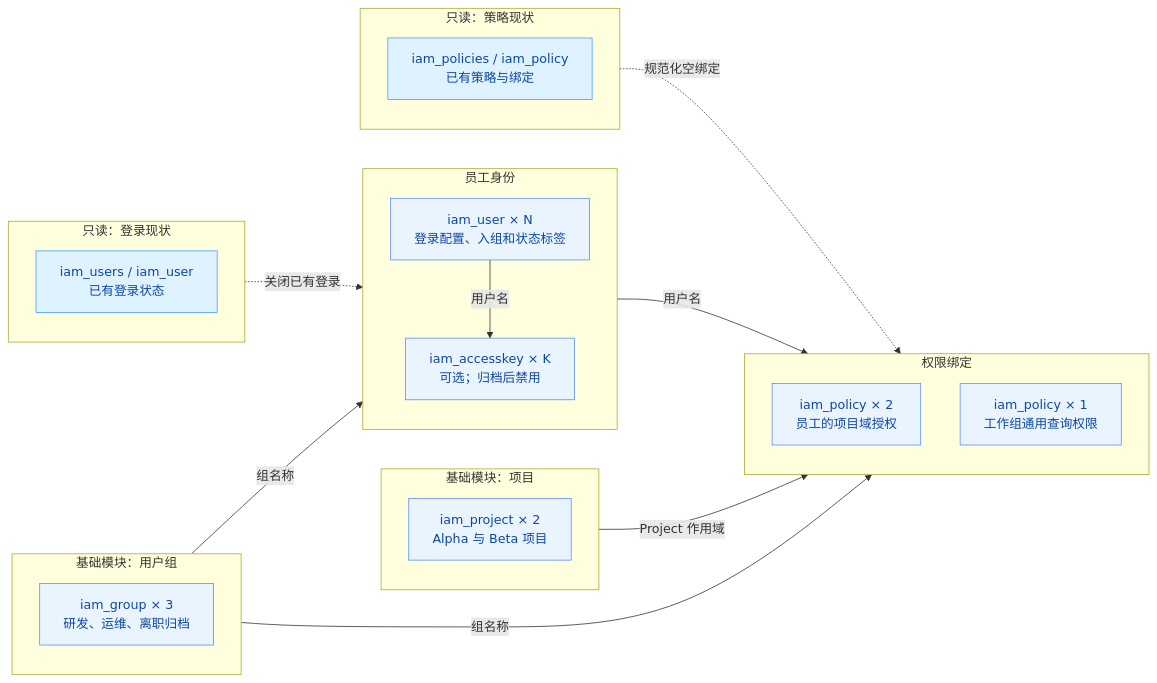
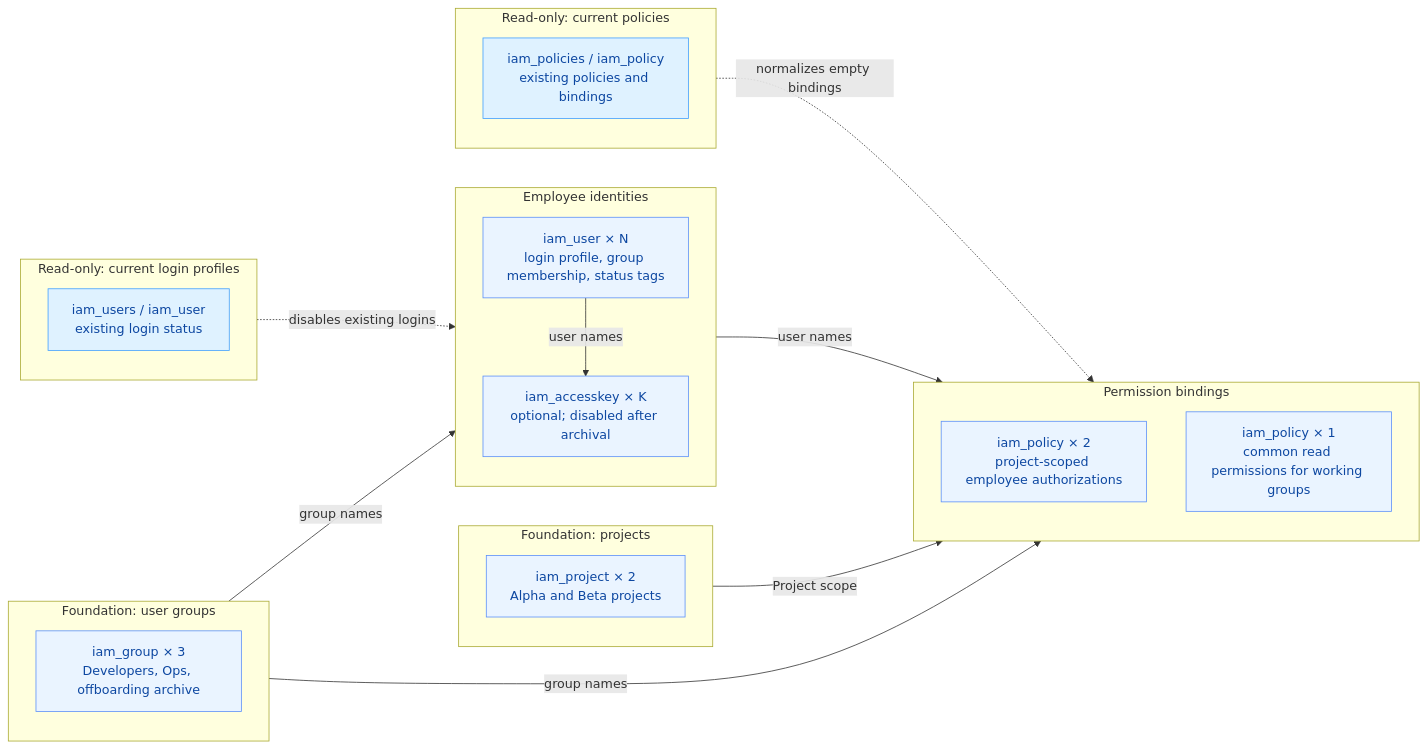
The diagram in README.md (terraform-volcenginecc-modules/terraform-volcenginecc-iam-employee-lifecycle), drawn with Mermaid before and after one commit. The commit also changed other lines of this file and 1 other file, not shown here.

````diff
--- a/README.md
+++ b/README.md
@@ -25,40 +25,40 @@
 ```mermaid
 flowchart LR
-  subgraph FoundationGroups["基础模块：用户组"]
+  subgraph FoundationGroups["Foundation: user groups"]
     direction TB
-    Groups["iam_group × 3<br/>研发、运维、离职归档"]
+    Groups["iam_group × 3<br/>Developers, Ops, offboarding archive"]
   end
-  subgraph FoundationProjects["基础模块：项目"]
+  subgraph FoundationProjects["Foundation: projects"]
     direction TB
-    Projects["iam_project × 2<br/>Alpha 与 Beta 项目"]
+    Projects["iam_project × 2<br/>Alpha and Beta projects"]
   end
-  subgraph Identity["员工身份"]
+  subgraph Identity["Employee identities"]
     direction TB
-    Users["iam_user × N<br/>登录配置、入组和状态标签"]
-    Keys["iam_accesskey × K<br/>可选；归档后禁用"]
+    Users["iam_user × N<br/>login profile, group membership, status tags"]
+    Keys["iam_accesskey × K<br/>optional; disabled after archival"]
   end
-  subgraph PolicyStateRead["只读：策略现状"]
+  subgraph PolicyStateRead["Read-only: current policies"]
     direction TB
-    PolicyRead["iam_policies / iam_policy<br/>已有策略与绑定"]
+    PolicyRead["iam_policies / iam_policy<br/>existing policies and bindings"]
   end
-  subgraph LoginStateRead["只读：登录现状"]
+  subgraph LoginStateRead["Read-only: current login profiles"]
     direction TB
-    LoginRead["iam_users / iam_user<br/>已有登录状态"]
+    LoginRead["iam_users / iam_user<br/>existing login status"]
   end
-  subgraph Authorization["权限绑定"]
+  subgraph Authorization["Permission bindings"]
     direction TB
-    Scoped["iam_policy × 2<br/>员工的项目域授权"]
-    Common["iam_policy × 1<br/>工作组通用查询权限"]
+    Scoped["iam_policy × 2<br/>project-scoped employee authorizations"]
+    Common["iam_policy × 1<br/>common read permissions for working groups"]
   end
-  PolicyRead -.->|规范化空绑定| Scoped
-  LoginRead -.->|关闭已有登录| Users
-  Groups -->|组名称| Users
-  Users -->|用户名| Keys
-  Users -->|用户名| Scoped
-  Projects -->|Project 作用域| Scoped
-  Groups -->|组名称| Common
+  PolicyRead -.->|normalizes empty bindings| Scoped
+  LoginRead -.->|disables existing logins| Users
+  Groups -->|group names| Users
+  Users -->|user names| Keys
+  Users -->|user names| Scoped
+  Projects -->|Project scope| Scoped
+  Groups -->|group names| Common
   classDef main fill:#EAF4FF,stroke:#5B8FF9,color:#0D47A1;
   classDef read fill:#DFF2FF,stroke:#409EFF,color:#0D47A1;
   class Projects,Groups,Users,Keys,Common,Scoped main;
   class PolicyRead,LoginRead read;
 ```
````
